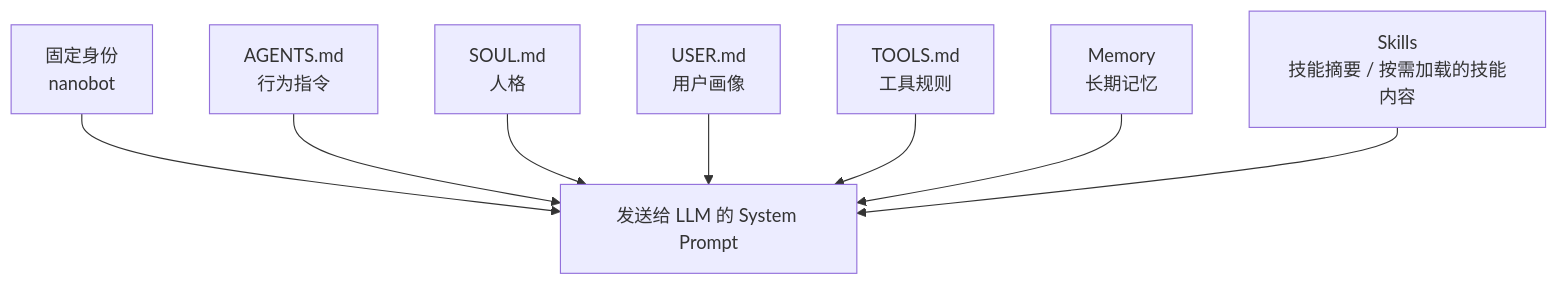
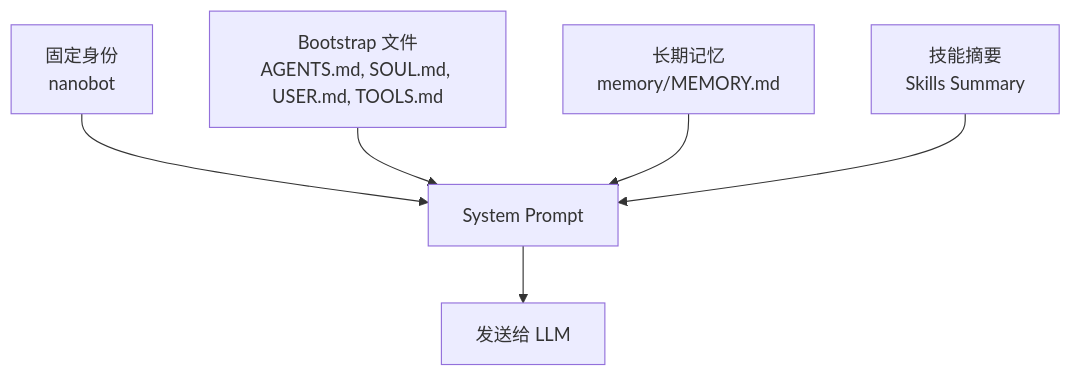
The second of 2 diagrams in 02-soul.md (sine-io/byte-of-nanobot), drawn with Mermaid before and after one commit. The commit also changed other lines of this file and 23 other files, not shown here.

````diff
--- a/02-soul.md
+++ b/02-soul.md
@@ -222,10 +440,8 @@
 ```mermaid
 flowchart TD
-    identity["固定身份<br/>nanobot"] --> prompt["发送给 LLM 的 System Prompt"]
-    agents["AGENTS.md<br/>行为指令"] --> prompt
-    soul["SOUL.md<br/>人格"] --> prompt
-    user["USER.md<br/>用户画像"] --> prompt
-    tools["TOOLS.md<br/>工具规则"] --> prompt
-    memory["Memory<br/>长期记忆"] --> prompt
-    skills["Skills<br/>技能摘要 / 按需加载的技能内容"] --> prompt
+    identity[固定身份<br/>nanobot] --> prompt[System Prompt]
+    bootstrap[Bootstrap 文件<br/>AGENTS.md, SOUL.md, USER.md, TOOLS.md] --> prompt
+    memory[长期记忆<br/>memory/MEMORY.md] --> prompt
+    skills[技能摘要<br/>Skills Summary] --> prompt
+    prompt --> llm[发送给 LLM]
 ```
````
